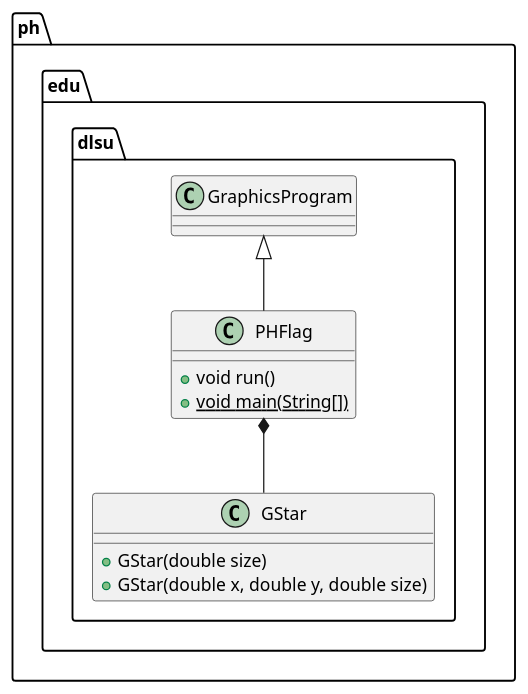
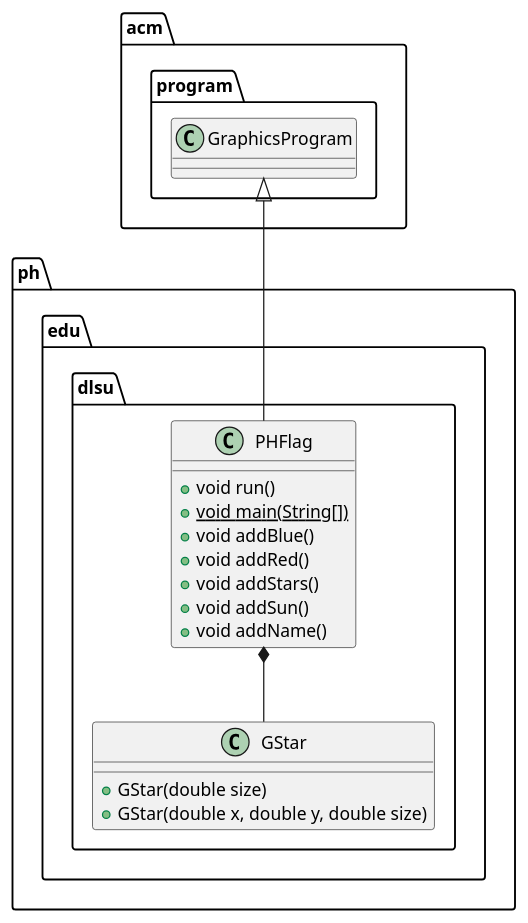
Before and after one commit to MarcJIR/ACMStarter-Quiz1: the diagram in src/ph/edu/dlsu/PHFlag.puml, drawn with PlantUML. The commit also changed 3 other files, not shown here.

```diff
--- a/src/ph/edu/dlsu/PHFlag.puml
+++ b/src/ph/edu/dlsu/PHFlag.puml
@@ -1,15 +1,20 @@
 @startuml
 class ph.edu.dlsu.PHFlag {
 + void run()
 + {static} void main(String[])
++ void addBlue()
++ void addRed()
++ void addStars()
++ void addSun()
++ void addName()
 }
 
 class ph.edu.dlsu.GStar{
 + GStar(double size)
 + GStar(double x, double y, double size)
 }
 
 
-ph.edu.dlsu.GraphicsProgram <|-- ph.edu.dlsu.PHFlag
+acm.program.GraphicsProgram <|-- ph.edu.dlsu.PHFlag
 ph.edu.dlsu.PHFlag *-- ph.edu.dlsu.GStar
 @enduml
```
